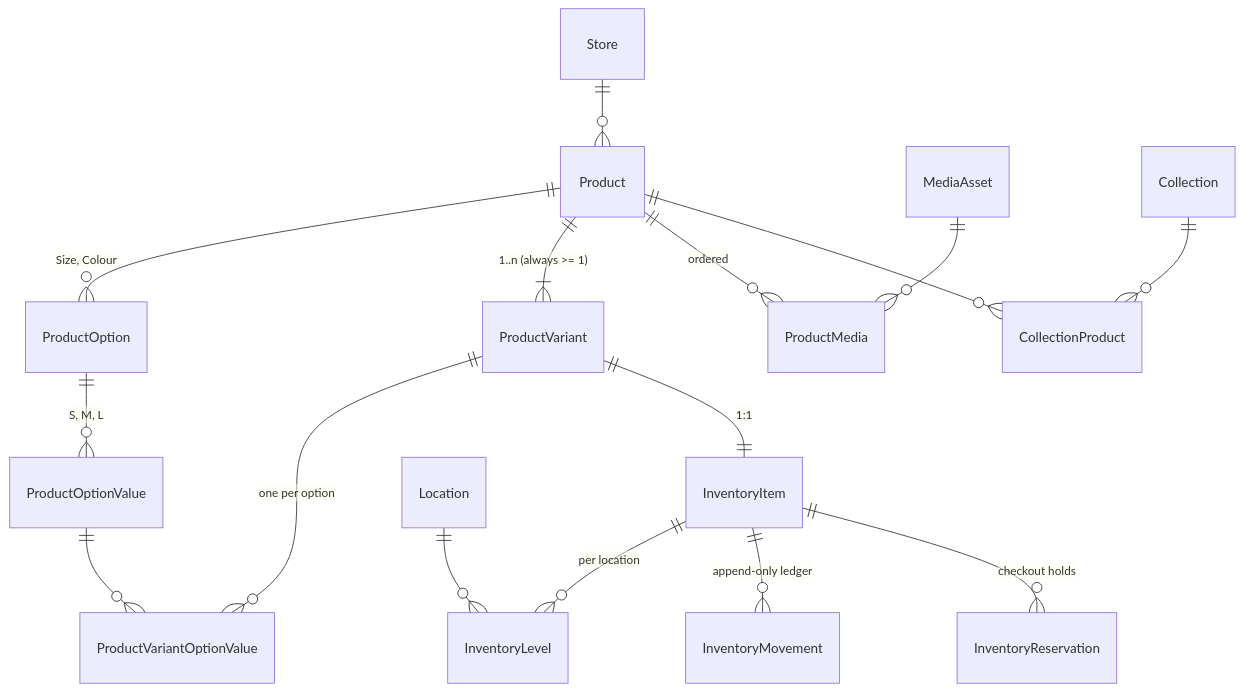
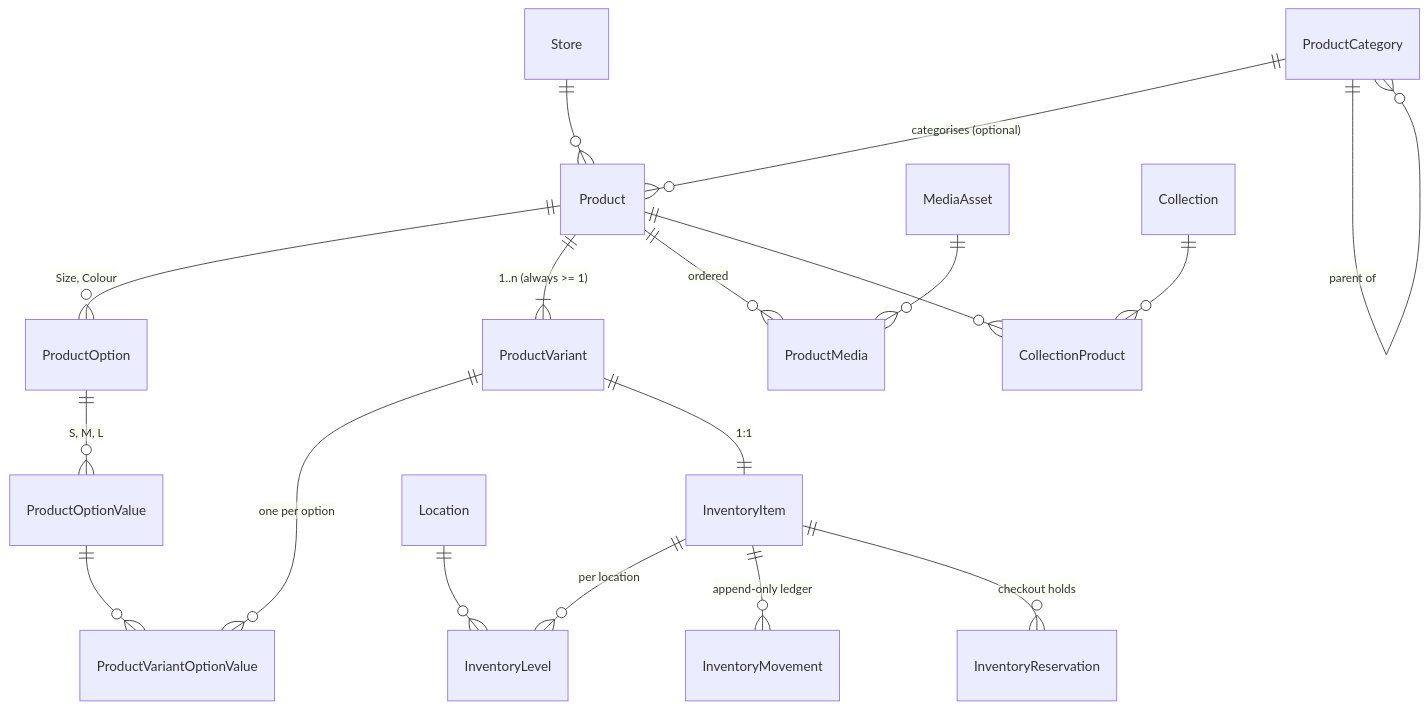
The third of 5 diagrams in docs/database/erd.md (pixfortech/storevia), drawn with Mermaid before and after one commit. The commit also changed other lines of this file and 38 other files, not shown here.

First line of the commit message:
feat(catalogue): product category taxonomy and normalised product tags

````diff
--- a/docs/database/erd.md
+++ b/docs/database/erd.md
@@ -137,18 +137,20 @@
 ```mermaid
 erDiagram
   Store ||--o{ Product : ""
+  ProductCategory ||--o{ Product : "categorises (optional)"
+  ProductCategory ||--o{ ProductCategory : "parent of"
   Product ||--o{ ProductOption : "Size, Colour"
   ProductOption ||--o{ ProductOptionValue : "S, M, L"
   Product ||--|{ ProductVariant : "1..n (always >= 1)"
   ProductVariant ||--o{ ProductVariantOptionValue : "one per option"
   ProductOptionValue ||--o{ ProductVariantOptionValue : ""
   Product ||--o{ ProductMedia : "ordered"
   MediaAsset ||--o{ ProductMedia : ""
   Collection ||--o{ CollectionProduct : ""
   Product ||--o{ CollectionProduct : ""
   ProductVariant ||--|| InventoryItem : "1:1"
   InventoryItem ||--o{ InventoryLevel : "per location"
   Location ||--o{ InventoryLevel : ""
   InventoryItem ||--o{ InventoryMovement : "append-only ledger"
   InventoryItem ||--o{ InventoryReservation : "checkout holds"
 ```
````
